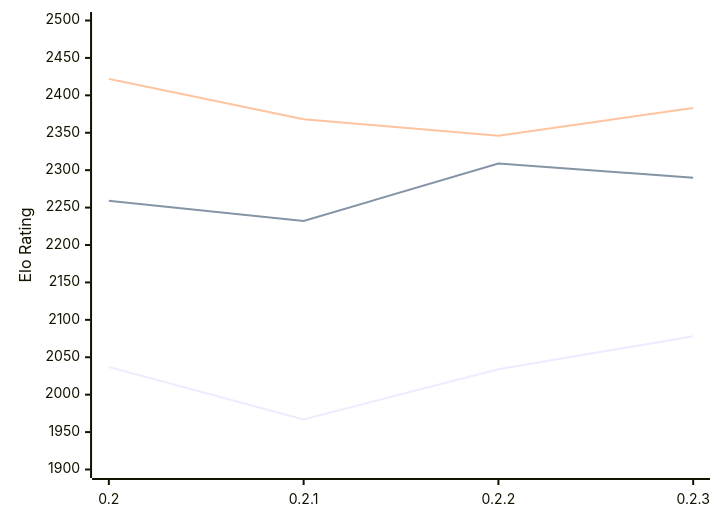
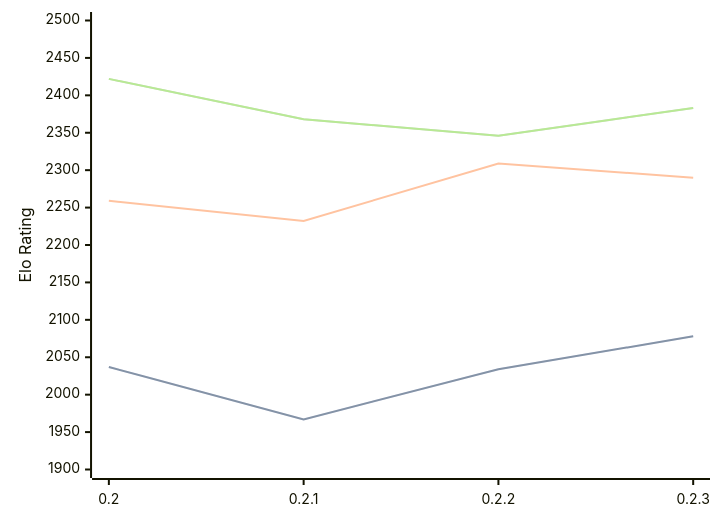
The diagram in engines/Lolbot.md (computer-chess-index/cci), drawn with Mermaid before and after one commit. The commit also changed other lines of this file, not shown here.

Commit message:
Update CCI Ratings (ELO VLTC) - 2026-02-13

````diff
--- a/engines/Lolbot.md
+++ b/engines/Lolbot.md
@@ -32,9 +32,11 @@
 ```mermaid
 %%{init: {"theme":"base","themeVariables":{"seriesColors:['#a3a3a3','#222221','#faa371']}}}%%
 xychart-beta
   x-axis ["0.2", "0.2.1", "0.2.2", "0.2.3"]
   y-axis "Elo Rating" 1900 --> 2500
   line "STC (8.0+0.08s)" [2037, 1967, 2034, 2078]
+  line "STC (8.0+0.08s)" [2037, 1967, 2034, 2078]
   line "LTC (60.0+0.60s)" [2259, 2232, 2309, 2290]
   line "VLTC (2m24s+1.12s)" [2422, 2368, 2346, 2383]
+  line "VLTC (2m24s+1.12s)" [2422, 2368, 2346, 2383]
 ```
````
